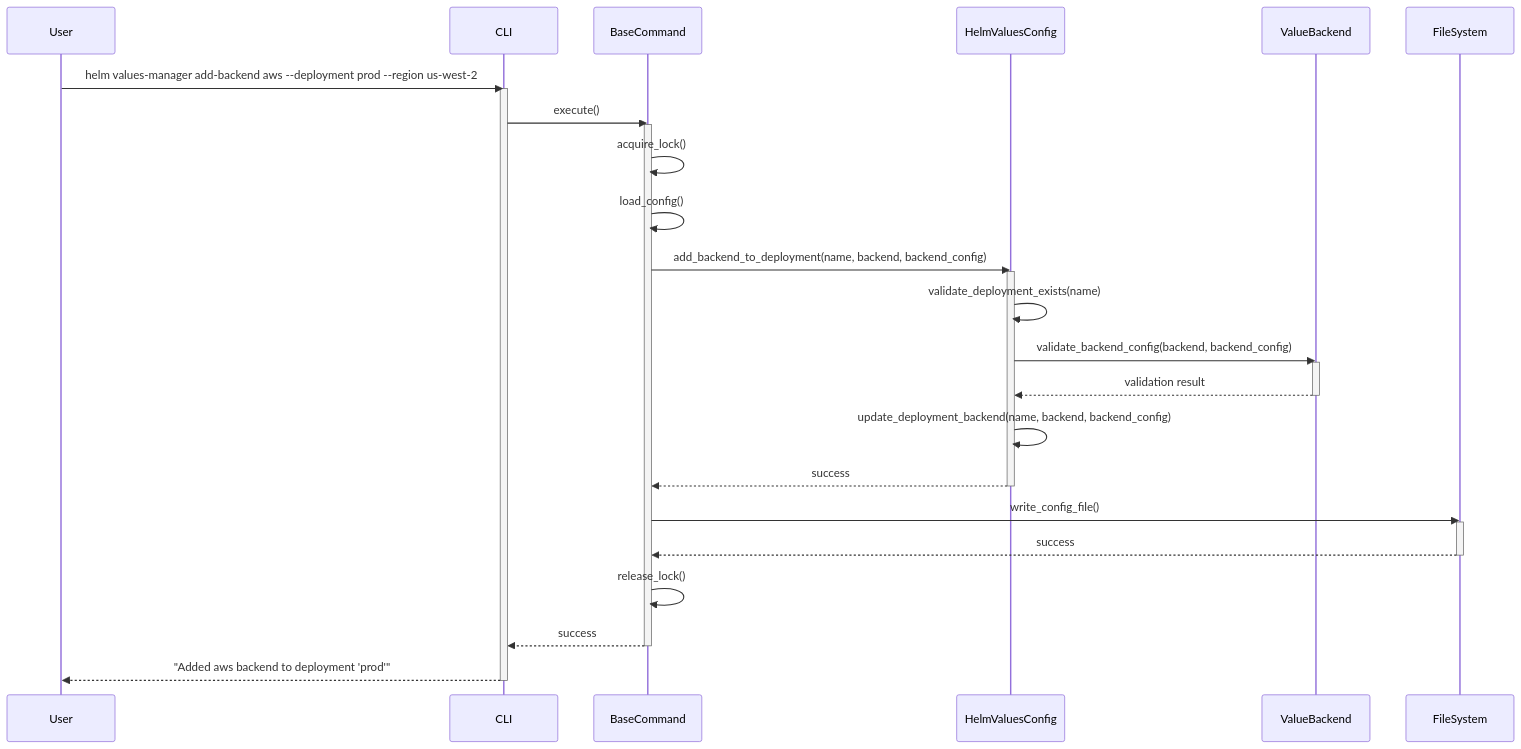
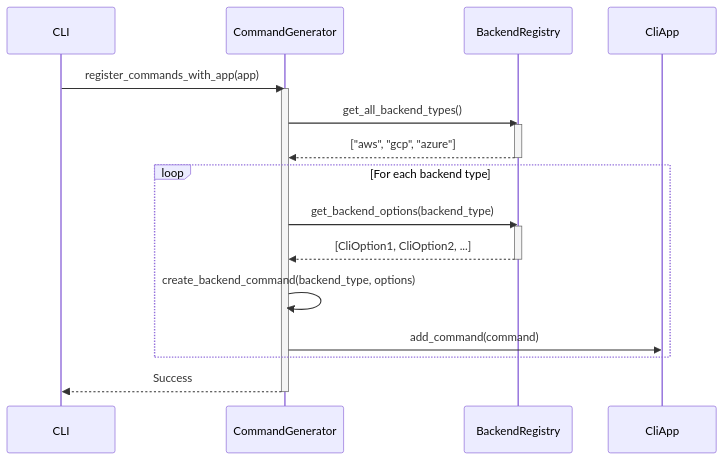
Before and after one commit to Zipstack/helm-values-manager: the fifth of 15 diagrams in docs/Design/sequence-diagrams.md, drawn with Mermaid. The commit also changed other lines of this file and 5 other files, not shown here.

Commit message:
Desgin changes: Added new design for add-backend using registry

````diff
--- a/docs/Design/sequence-diagrams.md
+++ b/docs/Design/sequence-diagrams.md
@@ -124,41 +161,28 @@
 ```mermaid
 sequenceDiagram
-    participant User
     participant CLI
-    participant BaseCommand
-    participant HelmValuesConfig
-    participant ValueBackend
+    participant CommandGenerator
+    participant BackendRegistry
+    participant CliApp
 
-    User->>CLI: helm values-manager add-backend aws --deployment prod --region us-west-2
-    activate CLI
+    CLI->>CommandGenerator: register_commands_with_app(app)
+    activate CommandGenerator
 
-    CLI->>BaseCommand: execute()
-    activate BaseCommand
+    CommandGenerator->>BackendRegistry: get_all_backend_types()
+    activate BackendRegistry
+    BackendRegistry-->>CommandGenerator: ["aws", "gcp", "azure"]
+    deactivate BackendRegistry
 
-    BaseCommand->>BaseCommand: acquire_lock()
-    BaseCommand->>BaseCommand: load_config()
-    BaseCommand->>HelmValuesConfig: add_backend_to_deployment(name, backend, backend_config)
-    activate HelmValuesConfig
+    loop For each backend type
+        CommandGenerator->>BackendRegistry: get_backend_options(backend_type)
+        activate BackendRegistry
+        BackendRegistry-->>CommandGenerator: [CliOption1, CliOption2, ...]
+        deactivate BackendRegistry
 
-    HelmValuesConfig->>HelmValuesConfig: validate_deployment_exists(name)
-    HelmValuesConfig->>ValueBackend: validate_backend_config(backend, backend_config)
-    activate ValueBackend
-    ValueBackend-->>HelmValuesConfig: validation result
-    deactivate ValueBackend
+        CommandGenerator->>CommandGenerator: create_backend_command(backend_type, options)
+        CommandGenerator->>CliApp: add_command(command)
+    end
 
-    HelmValuesConfig->>HelmValuesConfig: update_deployment_backend(name, backend, backend_config)
-    HelmValuesConfig-->>BaseCommand: success
-    deactivate HelmValuesConfig
-
-    BaseCommand->>FileSystem: write_config_file()
-    activate FileSystem
-    FileSystem-->>BaseCommand: success
-    deactivate FileSystem
-
-    BaseCommand->>BaseCommand: release_lock()
-    BaseCommand-->>CLI: success
-    deactivate BaseCommand
-
-    CLI-->>User: "Added aws backend to deployment 'prod'"
-    deactivate CLI
+    CommandGenerator-->>CLI: Success
+    deactivate CommandGenerator
 ```
````
